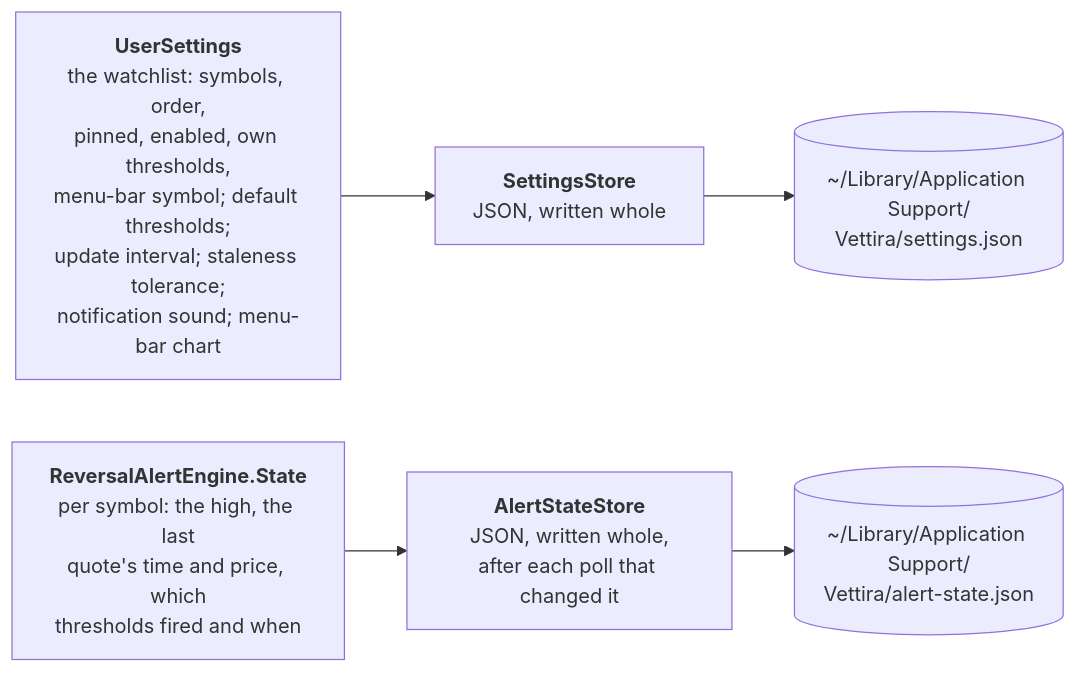
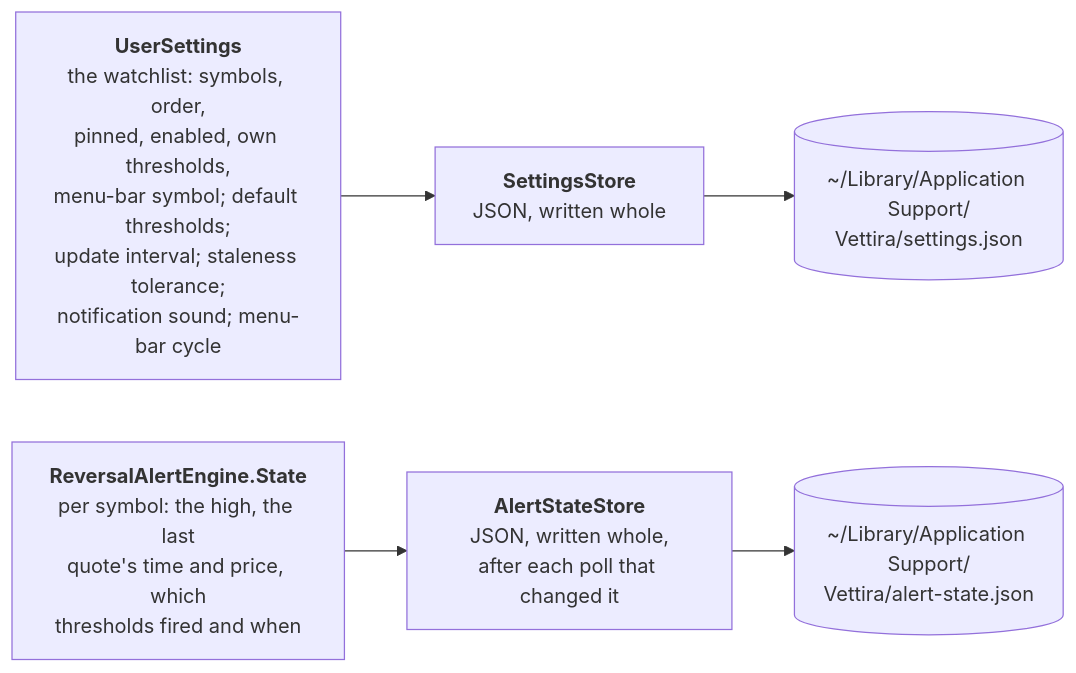
The third of 6 diagrams in docs/architecture.md (nikpietanze/vettira), drawn with Mermaid before and after one commit. The commit also changed other lines of this file and 22 other files, not shown here.

Commit message:
Show the menu bar as a cycling price ticker with changed digits coloured

````diff
--- a/docs/architecture.md
+++ b/docs/architecture.md
@@ -193,9 +203,9 @@
 ```mermaid
 flowchart LR
-    settings["<b>UserSettings</b><br/>the watchlist: symbols, order,<br/>pinned, enabled, own thresholds,<br/>menu-bar symbol; default thresholds;<br/>update interval; staleness tolerance;<br/>notification sound; menu-bar chart"]
+    settings["<b>UserSettings</b><br/>the watchlist: symbols, order,<br/>pinned, enabled, own thresholds,<br/>menu-bar symbol; default thresholds;<br/>update interval; staleness tolerance;<br/>notification sound; menu-bar cycle"]
     store["<b>SettingsStore</b><br/>JSON, written whole"]
     settings --> store --> file[("~/Library/Application Support/<br/>Vettira/settings.json")]
     engine["<b>ReversalAlertEngine.State</b><br/>per symbol: the high, the last<br/>quote's time and price, which<br/>thresholds fired and when"]
     stateStore["<b>AlertStateStore</b><br/>JSON, written whole,<br/>after each poll that changed it"]
     engine --> stateStore --> stateFile[("~/Library/Application Support/<br/>Vettira/alert-state.json")]
 ```
````
